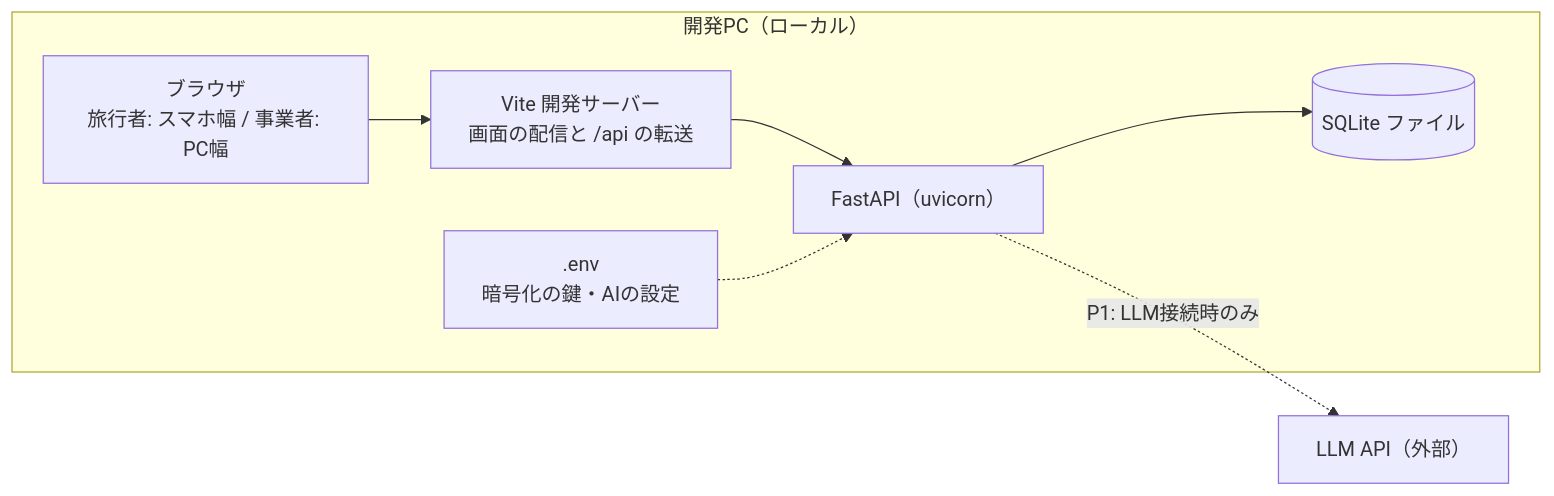
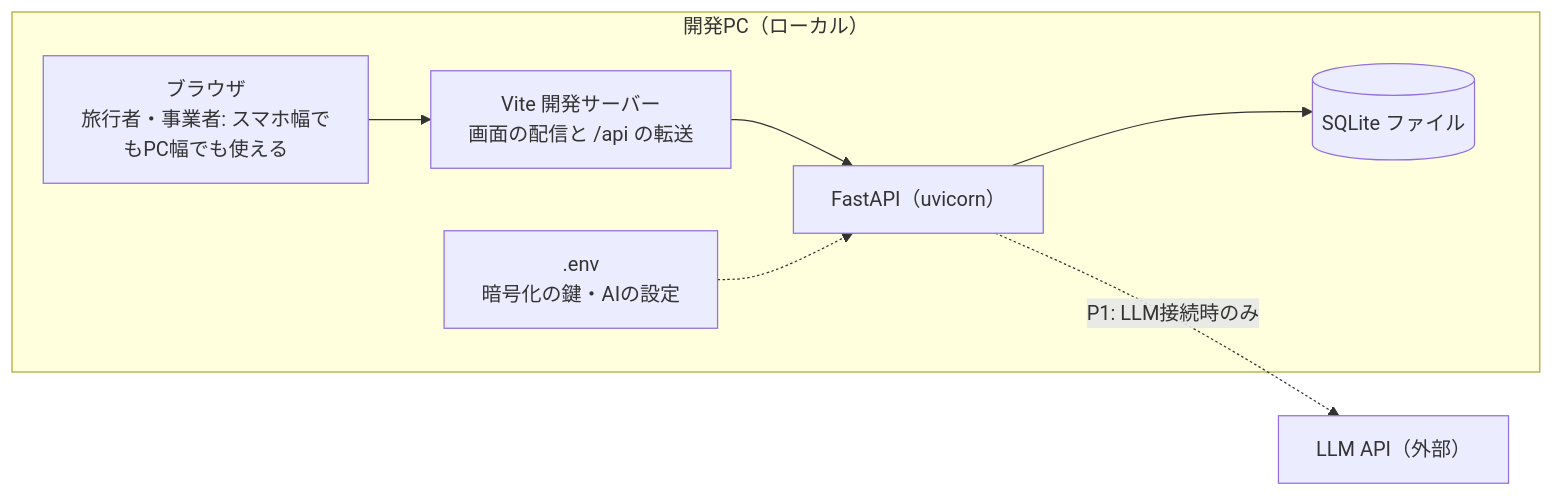
Before and after one commit to snfthchs/shimatabi: the first of 2 diagrams in docs/product/non-functional-and-infra.md, drawn with Mermaid. The commit also changed other lines of this file and 6 other files, not shown here.

````diff
--- a/docs/product/non-functional-and-infra.md
+++ b/docs/product/non-functional-and-infra.md
@@ -89,13 +89,13 @@
 ```mermaid
 flowchart LR
   subgraph PC["開発PC（ローカル）"]
-    B["ブラウザ<br/>旅行者: スマホ幅 / 事業者: PC幅"]
+    B["ブラウザ<br/>旅行者・事業者: スマホ幅でもPC幅でも使える"]
     V["Vite 開発サーバー<br/>画面の配信と /api の転送"]
     A["FastAPI（uvicorn）"]
     D[("SQLite ファイル")]
     E[".env<br/>暗号化の鍵・AIの設定"]
   end
   B --> V --> A --> D
   E -.-> A
   A -. "P1: LLM接続時のみ" .-> L["LLM API（外部）"]
 ```
````
